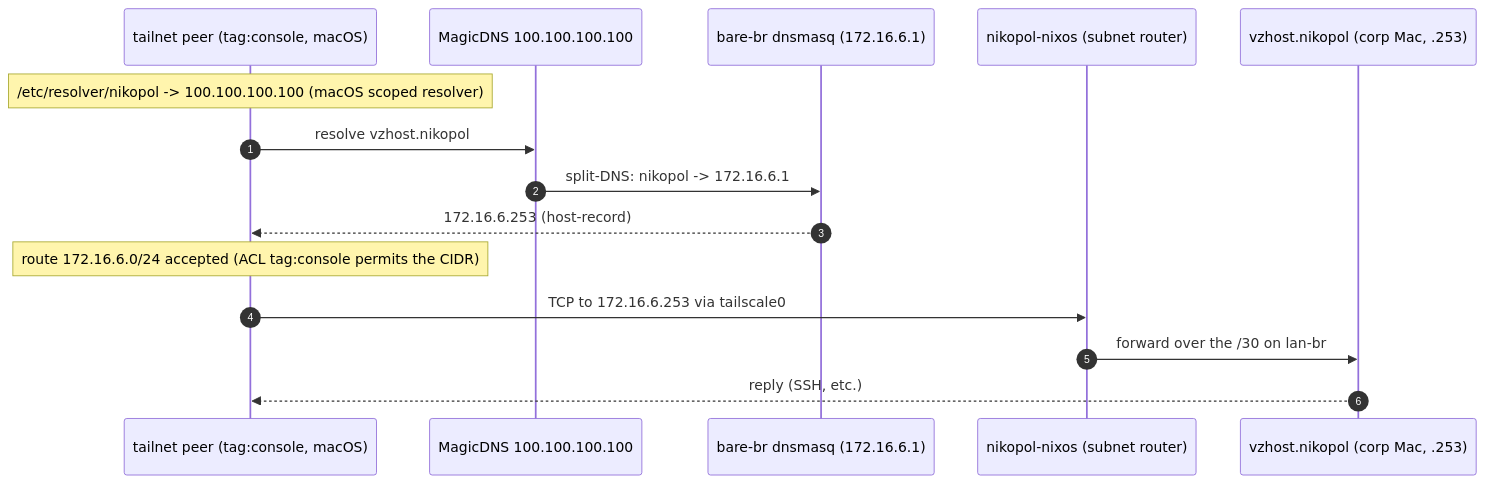
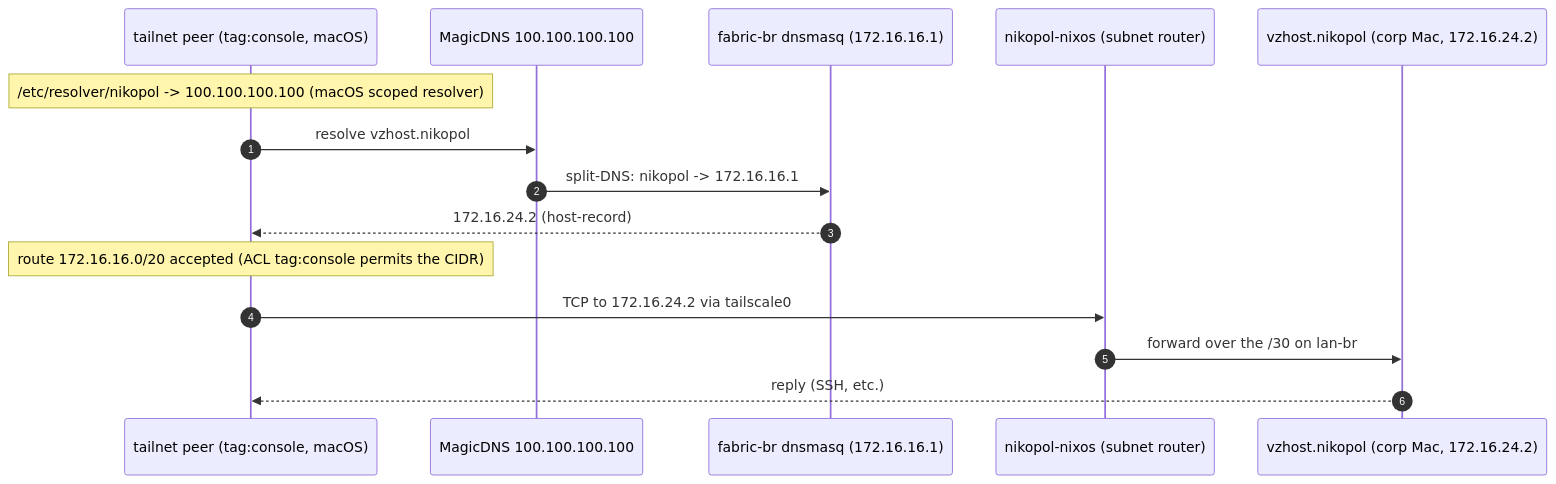
The third of 3 diagrams in docs/network-catalog-segments.adoc (seedmatic/ndh), drawn with Mermaid before and after one commit. The commit also changed other lines of this file and 11 other files, not shown here.

```diff
--- a/docs/network-catalog-segments.adoc
+++ b/docs/network-catalog-segments.adoc
@@ -133,19 +133,19 @@
 [mermaid]
 ....
 sequenceDiagram
   autonumber
   participant P as tailnet peer (tag:console, macOS)
   participant R as MagicDNS 100.100.100.100
-  participant D as bare-br dnsmasq (172.16.6.1)
+  participant D as fabric-br dnsmasq (172.16.16.1)
   participant N as nikopol-nixos (subnet router)
-  participant V as vzhost.nikopol (corp Mac, .253)
+  participant V as vzhost.nikopol (corp Mac, 172.16.24.2)
 
   Note over P: /etc/resolver/nikopol -> 100.100.100.100 (macOS scoped resolver)
   P->>R: resolve vzhost.nikopol
-  R->>D: split-DNS: nikopol -> 172.16.6.1
-  D-->>P: 172.16.6.253 (host-record)
-  Note over P: route 172.16.6.0/24 accepted (ACL tag:console permits the CIDR)
-  P->>N: TCP to 172.16.6.253 via tailscale0
+  R->>D: split-DNS: nikopol -> 172.16.16.1
+  D-->>P: 172.16.24.2 (host-record)
+  Note over P: route 172.16.16.0/20 accepted (ACL tag:console permits the CIDR)
+  P->>N: TCP to 172.16.24.2 via tailscale0
   N->>V: forward over the /30 on lan-br
   V-->>P: reply (SSH, etc.)
 ....
```
